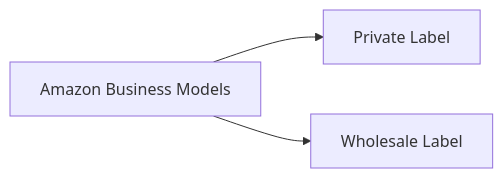
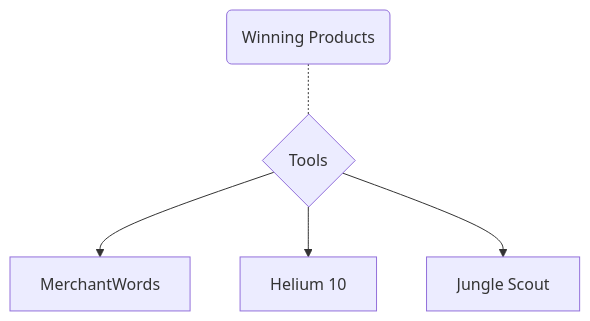
The second of 3 diagrams in amazonvirtualassistant.md (engradeelnayyar/engradeelnayyar), drawn with Mermaid before and after one commit. The commit also changed other lines of this file, not shown here.

````diff
--- a/amazonvirtualassistant.md
+++ b/amazonvirtualassistant.md
@@ -29,8 +52,10 @@
 ```mermaid
 
-graph LR
-A[Amazon Business Models] --> B[Private Label]
-A[Amazon Business Models] --> C[Wholesale Label]
+graph TD
 
+A(Winning Products)-.-B{Tools}
+B{Tools}-->C[MerchantWords]
+B{Tools}-->D[Helium 10]
+B{Tools}-->E[Jungle Scout]
 
 ```
````
